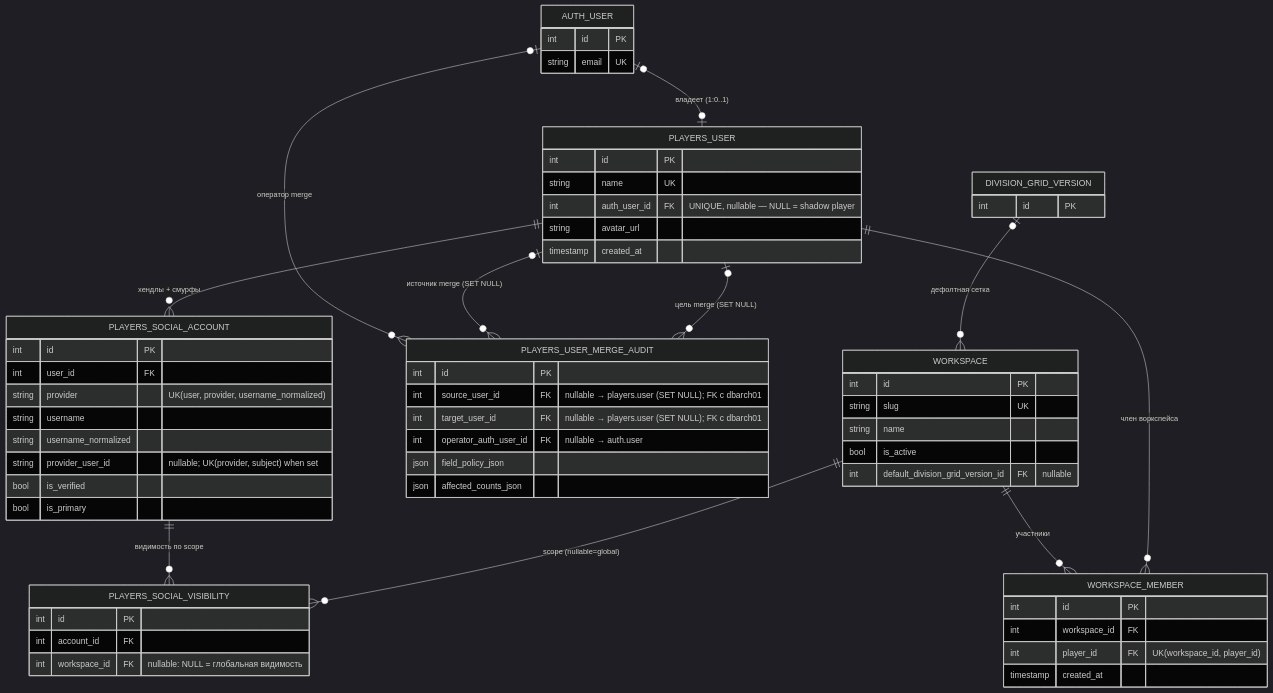
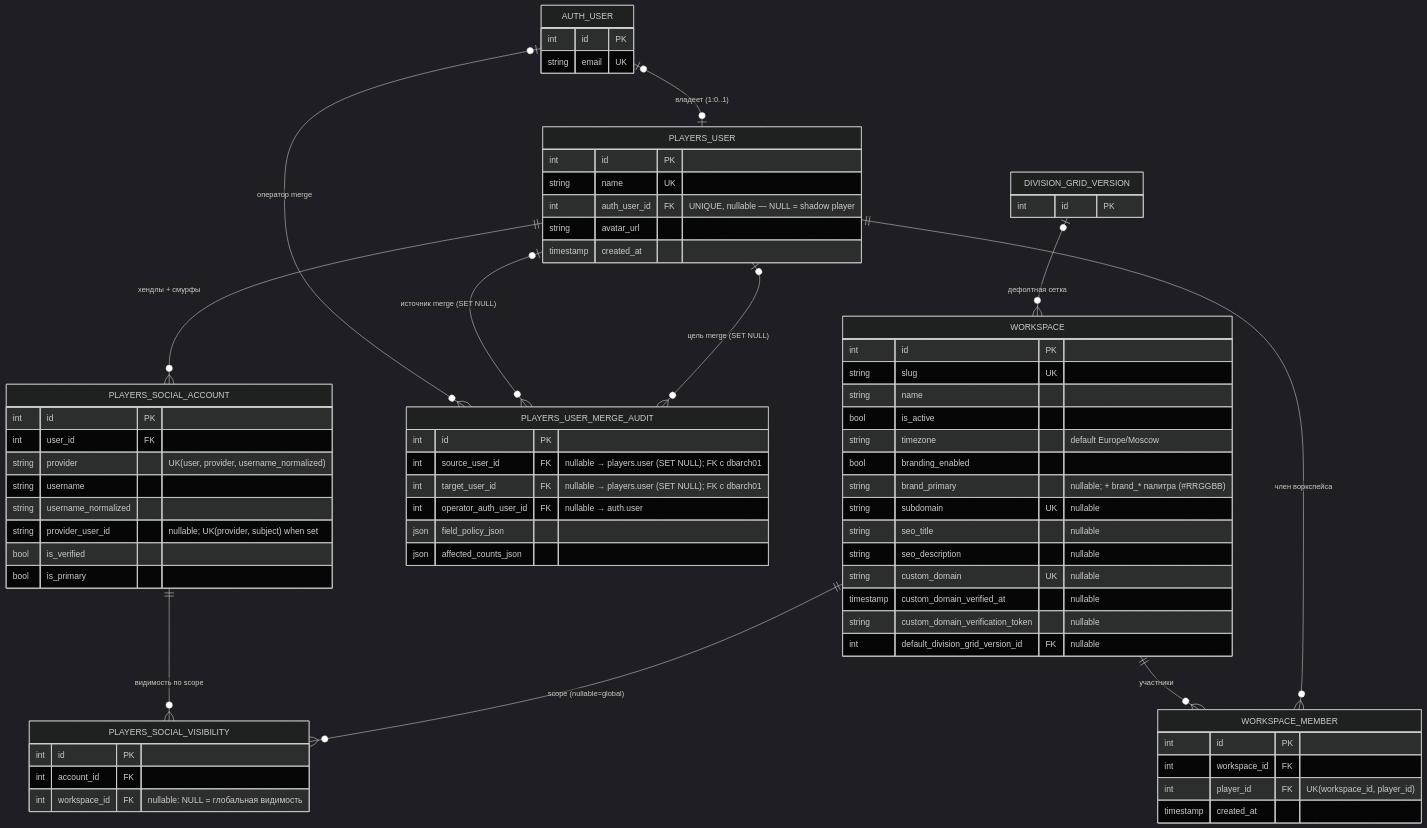
One commit to CraazzzyyFoxx/overwatch-tournaments changed the third of 13 diagrams in docs/database_erd.md. Above: the diagram before and after it, drawn with Mermaid (dark theme). The commit also changed other lines of this file and 14 other files, not shown here.

First line of the commit message:
docs: rework documentation to match current architecture

````diff
--- a/docs/database_erd.md
+++ b/docs/database_erd.md
@@ -241,64 +248,73 @@
 ```mermaid
 erDiagram
     AUTH_USER {
         int id PK
         string email UK
     }
     PLAYERS_USER {
         int id PK
         string name UK
         int auth_user_id FK "UNIQUE, nullable — NULL = shadow player"
         string avatar_url
         timestamp created_at
     }
     PLAYERS_SOCIAL_ACCOUNT {
         int id PK
         int user_id FK
         string provider "UK(user, provider, username_normalized)"
         string username
         string username_normalized
         string provider_user_id "nullable; UK(provider, subject) when set"
         bool is_verified
         bool is_primary
     }
     PLAYERS_SOCIAL_VISIBILITY {
         int id PK
         int account_id FK
         int workspace_id FK "nullable: NULL = глобальная видимость"
     }
     PLAYERS_USER_MERGE_AUDIT {
         int id PK
         int source_user_id FK "nullable → players.user (SET NULL); FK с dbarch01"
         int target_user_id FK "nullable → players.user (SET NULL); FK с dbarch01"
         int operator_auth_user_id FK "nullable → auth.user"
         json field_policy_json
         json affected_counts_json
     }
     WORKSPACE {
         int id PK
         string slug UK
         string name
         bool is_active
+        string timezone "default Europe/Moscow"
+        bool branding_enabled
+        string brand_primary "nullable; + brand_* палитра (#RRGGBB)"
+        string subdomain UK "nullable"
+        string seo_title "nullable"
+        string seo_description "nullable"
+        string custom_domain UK "nullable"
+        timestamp custom_domain_verified_at "nullable"
+        string custom_domain_verification_token "nullable"
         int default_division_grid_version_id FK "nullable"
     }
     WORKSPACE_MEMBER {
         int id PK
         int workspace_id FK
         int player_id FK "UK(workspace_id, player_id)"
         timestamp created_at
     }
     DIVISION_GRID_VERSION {
         int id PK
     }
 
     AUTH_USER |o--o| PLAYERS_USER : "владеет (1:0..1)"
     PLAYERS_USER ||--o{ PLAYERS_SOCIAL_ACCOUNT : "хендлы + смурфы"
     PLAYERS_SOCIAL_ACCOUNT ||--o{ PLAYERS_SOCIAL_VISIBILITY : "видимость по scope"
     WORKSPACE ||--o{ PLAYERS_SOCIAL_VISIBILITY : "scope (nullable=global)"
     AUTH_USER |o--o{ PLAYERS_USER_MERGE_AUDIT : "оператор merge"
     PLAYERS_USER |o--o{ PLAYERS_USER_MERGE_AUDIT : "источник merge (SET NULL)"
     PLAYERS_USER |o--o{ PLAYERS_USER_MERGE_AUDIT : "цель merge (SET NULL)"
     WORKSPACE ||--o{ WORKSPACE_MEMBER : "участники"
     PLAYERS_USER ||--o{ WORKSPACE_MEMBER : "член воркспейса"
     DIVISION_GRID_VERSION |o--o{ WORKSPACE : "дефолтная сетка"
 ```
````
